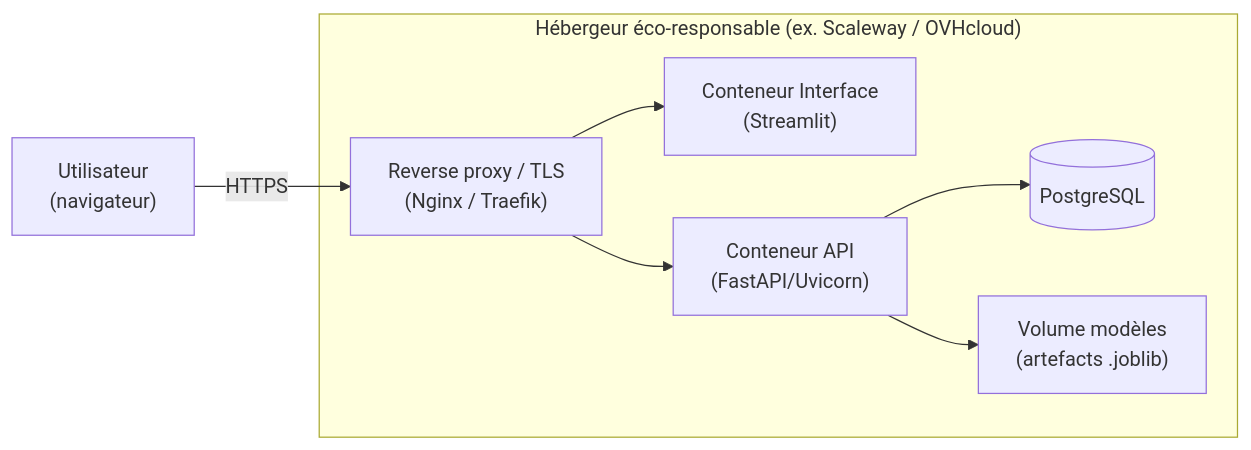
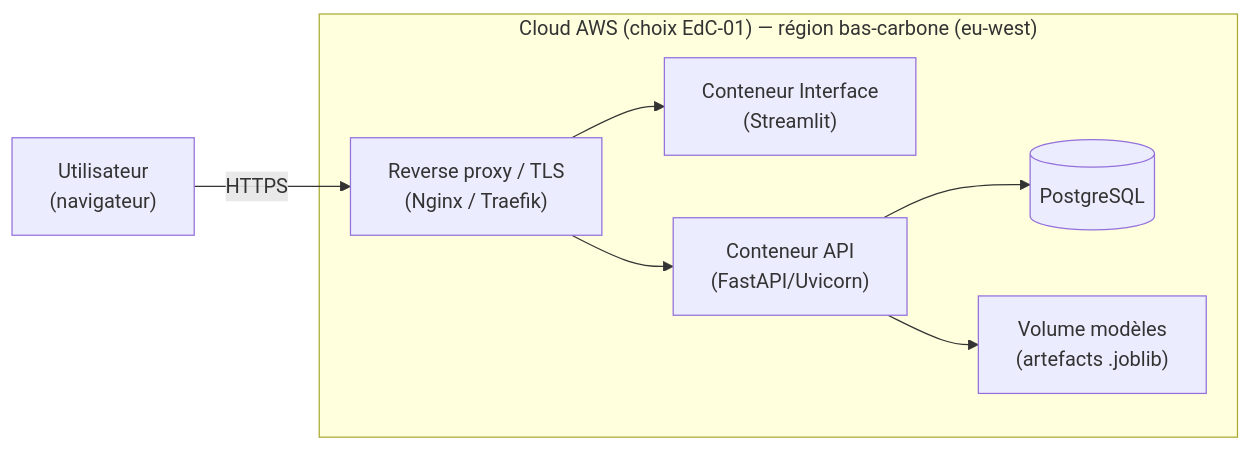
Before and after one commit to gohnzy/pjgouttedeau_MVP: the second of 3 diagrams in docs/02-architecture.md, drawn with Mermaid. The commit also changed other lines of this file and 7 other files, not shown here.

````diff
--- a/docs/02-architecture.md
+++ b/docs/02-architecture.md
@@ -74,15 +94,15 @@
 ```mermaid
 flowchart LR
     U["Utilisateur<br/>(navigateur)"] -->|HTTPS| LB["Reverse proxy / TLS<br/>(Nginx / Traefik)"]
     LB --> UIc["Conteneur Interface<br/>(Streamlit)"]
     LB --> APIc["Conteneur API<br/>(FastAPI/Uvicorn)"]
     APIc --> PG[("PostgreSQL")]
     APIc --> VOL["Volume modèles<br/>(artefacts .joblib)"]
-    subgraph HOST["Hébergeur éco-responsable (ex. Scaleway / OVHcloud)"]
+    subgraph HOST["Cloud AWS (choix EdC-01) — région bas-carbone (eu-west)"]
         LB
         UIc
         APIc
         PG
         VOL
     end
 ```
````
